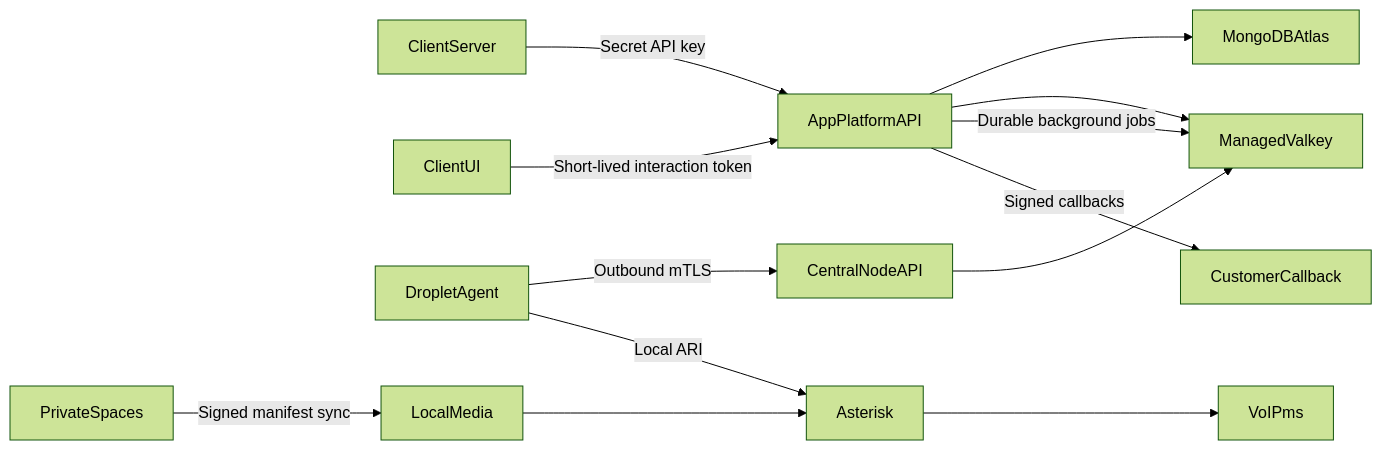
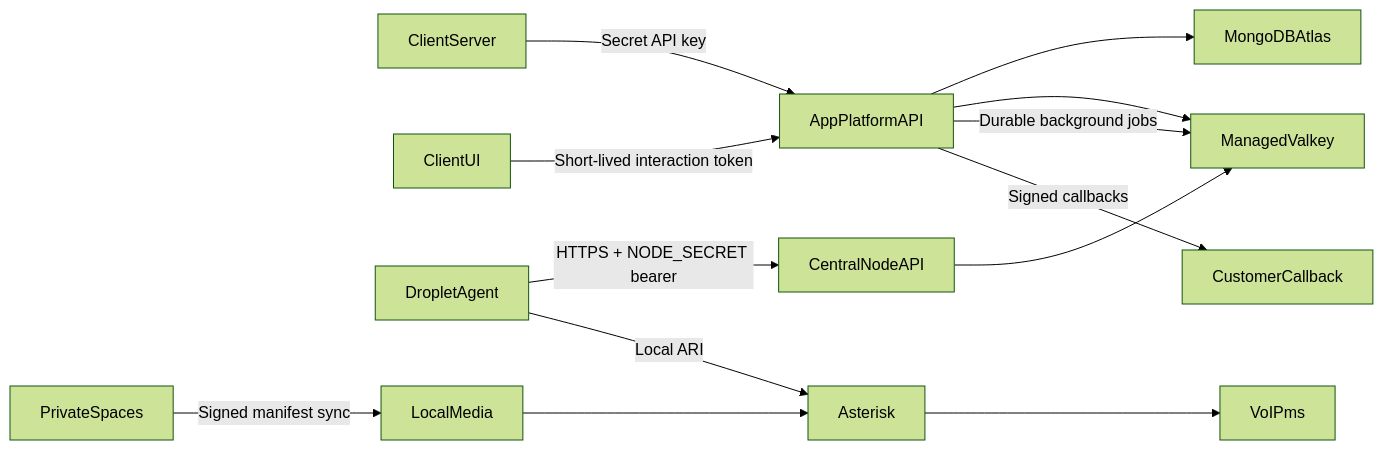
The diagram in docs/PLAN.md (Ericsipad/POWEROTP), drawn with Mermaid (forest theme) before and after one commit. The commit also changed other lines of this file and 32 other files, not shown here.

````diff
--- a/docs/PLAN.md
+++ b/docs/PLAN.md
@@ -43,15 +43,15 @@
 ```mermaid
 flowchart LR
   ClientServer[ClientServer] -->|"Secret API key"| Api[AppPlatformAPI]
   ClientUi[ClientUI] -->|"Short-lived interaction token"| Api
   Api --> Mongo[MongoDBAtlas]
   Api --> Valkey[ManagedValkey]
   Api -->|"Durable background jobs"| Valkey
-  NodeAgent[DropletAgent] -->|"Outbound mTLS"| NodeApi[CentralNodeAPI]
+  NodeAgent[DropletAgent] -->|"HTTPS + NODE_SECRET bearer"| NodeApi[CentralNodeAPI]
   NodeApi --> Valkey
   NodeAgent -->|"Local ARI"| Asterisk[Asterisk]
   Asterisk --> VoipMs[VoIPms]
   Spaces[PrivateSpaces] -->|"Signed manifest sync"| NodeMedia[LocalMedia]
   NodeMedia --> Asterisk
   Api -->|"Signed callbacks"| CustomerCallback[CustomerCallback]
 ```
````
